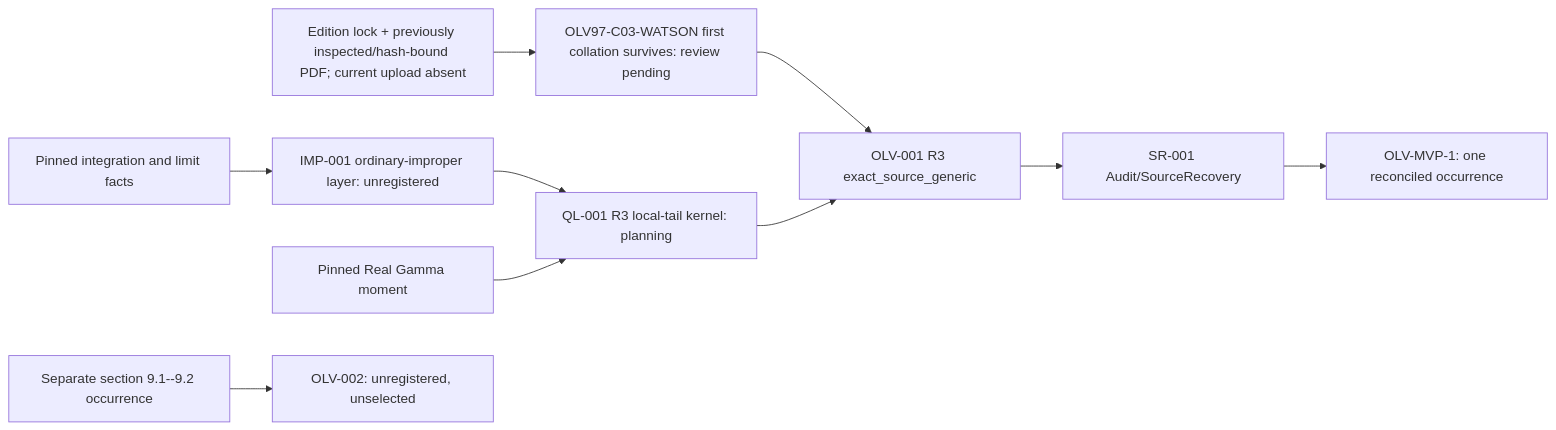
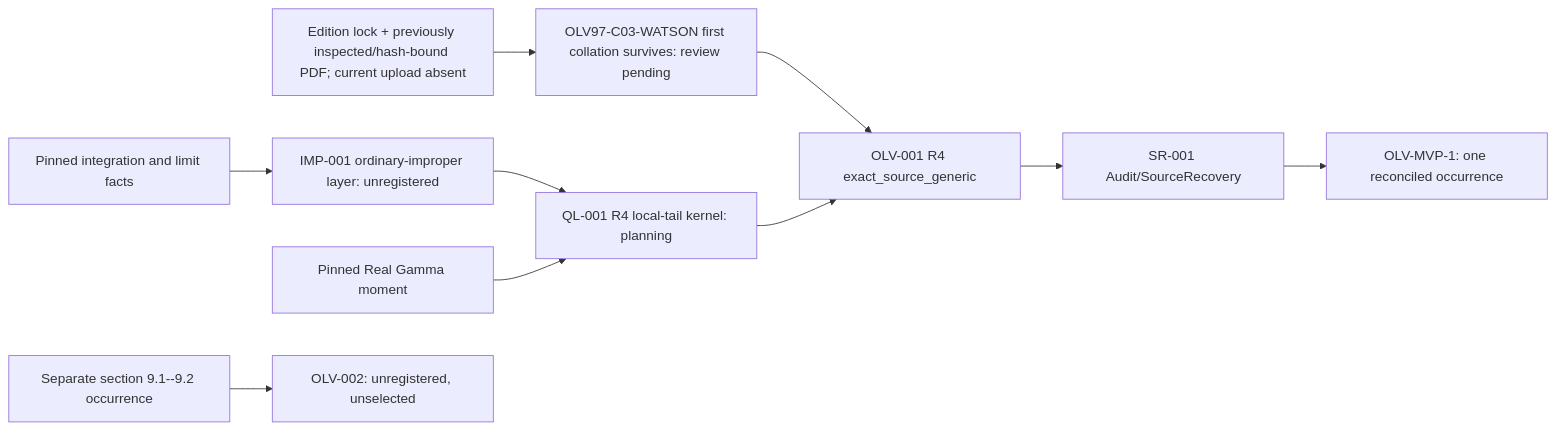
Before and after one commit to jaumededios/LMLF: the third of 3 diagrams in blueprint/dependency_graph.md, drawn with Mermaid. The commit also changed other lines of this file and 15 other files, not shown here.

````diff
--- a/blueprint/dependency_graph.md
+++ b/blueprint/dependency_graph.md
@@ -120,12 +124,12 @@
 ```mermaid
 flowchart LR
   LOCK["Edition lock + previously inspected/hash-bound PDF; current upload absent"] --> COL["OLV97-C03-WATSON first collation survives: review pending"]
   PIN["Pinned integration and limit facts"] --> IMP["IMP-001 ordinary-improper layer: unregistered"]
-  IMP --> QL["QL-001 R3 local-tail kernel: planning"]
+  IMP --> QL["QL-001 R4 local-tail kernel: planning"]
   MOM["Pinned Real Gamma moment"] --> QL
-  COL --> OLV["OLV-001 R3 exact_source_generic"]
+  COL --> OLV["OLV-001 R4 exact_source_generic"]
   QL --> OLV
   OLV --> SR["SR-001 Audit/SourceRecovery"]
   SR --> MVP["OLV-MVP-1: one reconciled occurrence"]
   BOUNDS["Separate section 9.1--9.2 occurrence"] --> OLV2["OLV-002: unregistered, unselected"]
 ```
````
